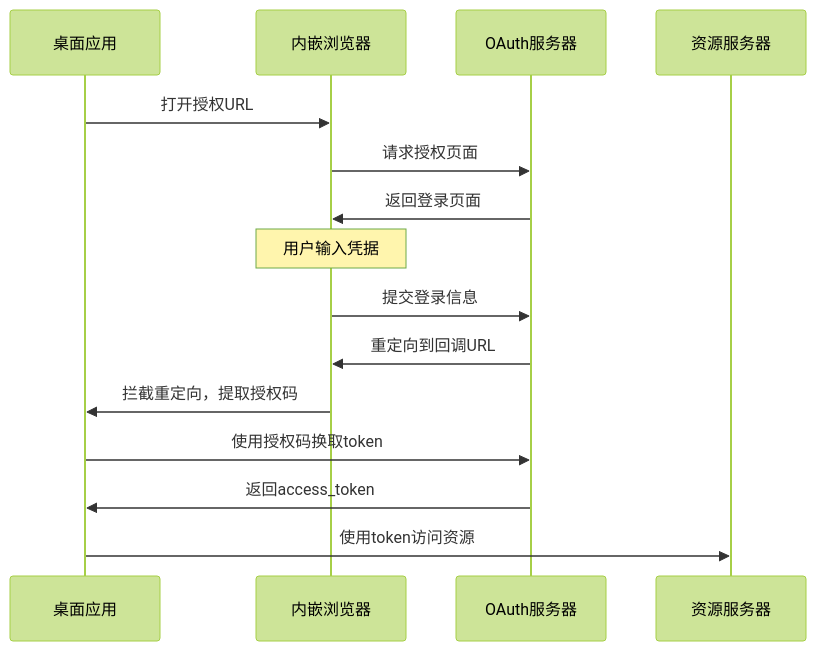
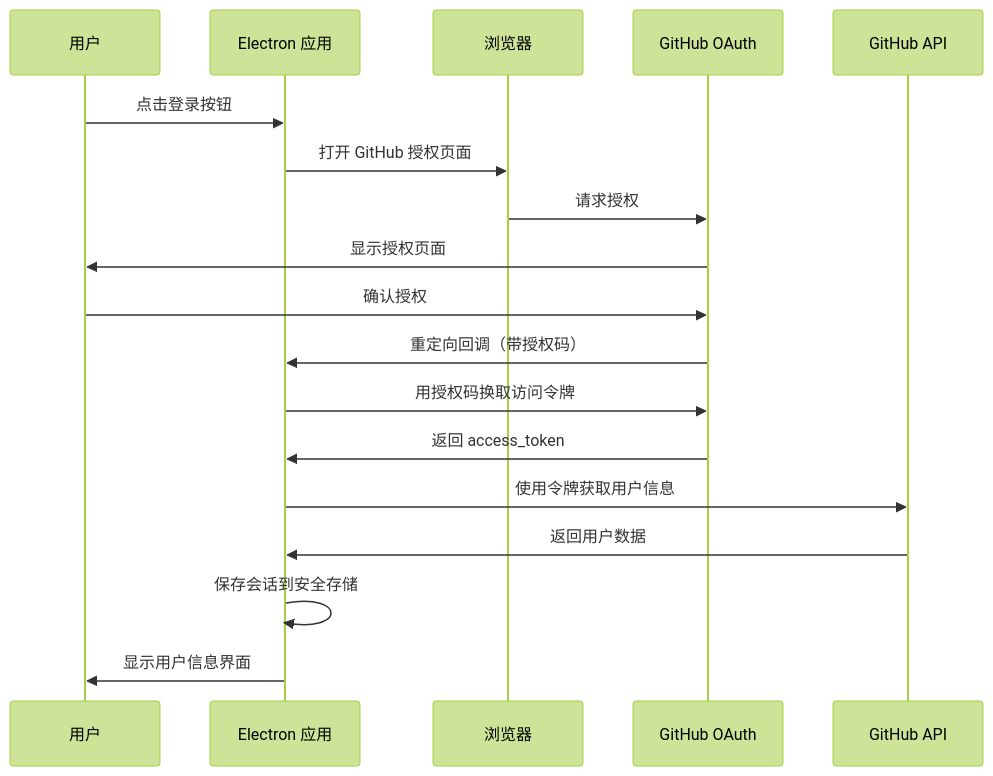
The first of 2 diagrams in README.md (tianyicaii/craw), drawn with Mermaid (forest theme) before and after one commit. The commit also changed other lines of this file and 5 other files, not shown here.

````diff
--- a/README.md
+++ b/README.md
@@ -3,18 +73,21 @@
 ```mermaid
 sequenceDiagram
-    participant App as 桌面应用
-    participant WebView as 内嵌浏览器
-    participant OAuth as OAuth服务器
-    participant API as 资源服务器
+    participant User as 用户
+    participant App as Electron 应用
+    participant Browser as 浏览器
+    participant GitHub as GitHub OAuth
+    participant API as GitHub API
 
-    App->>WebView: 打开授权URL
-    WebView->>OAuth: 请求授权页面
-    OAuth->>WebView: 返回登录页面
-    Note over WebView: 用户输入凭据
-    WebView->>OAuth: 提交登录信息
-    OAuth->>WebView: 重定向到回调URL
-    WebView->>App: 拦截重定向，提取授权码
-    App->>OAuth: 使用授权码换取token
-    OAuth->>App: 返回access_token
-    App->>API: 使用token访问资源
+    User->>App: 点击登录按钮
+    App->>Browser: 打开 GitHub 授权页面
+    Browser->>GitHub: 请求授权
+    GitHub->>User: 显示授权页面
+    User->>GitHub: 确认授权
+    GitHub->>App: 重定向回调（带授权码）
+    App->>GitHub: 用授权码换取访问令牌
+    GitHub->>App: 返回 access_token
+    App->>API: 使用令牌获取用户信息
+    API->>App: 返回用户数据
+    App->>App: 保存会话到安全存储
+    App->>User: 显示用户信息界面
 ```
````
